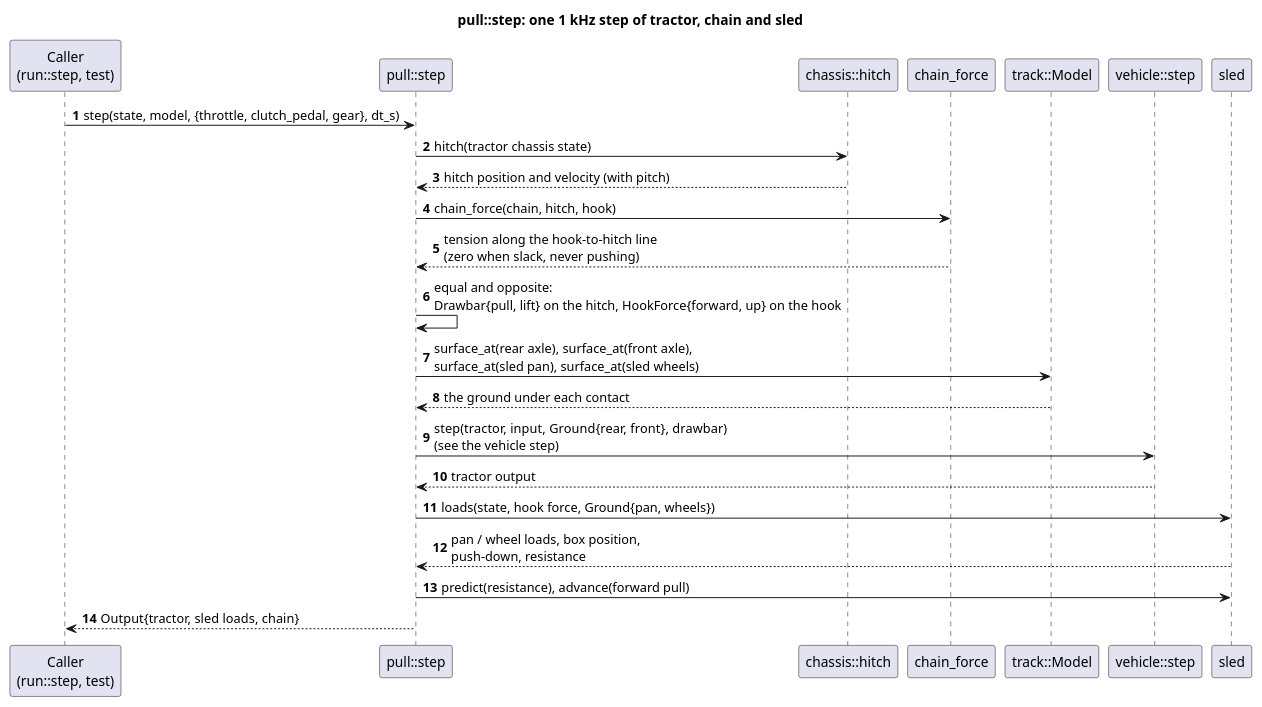
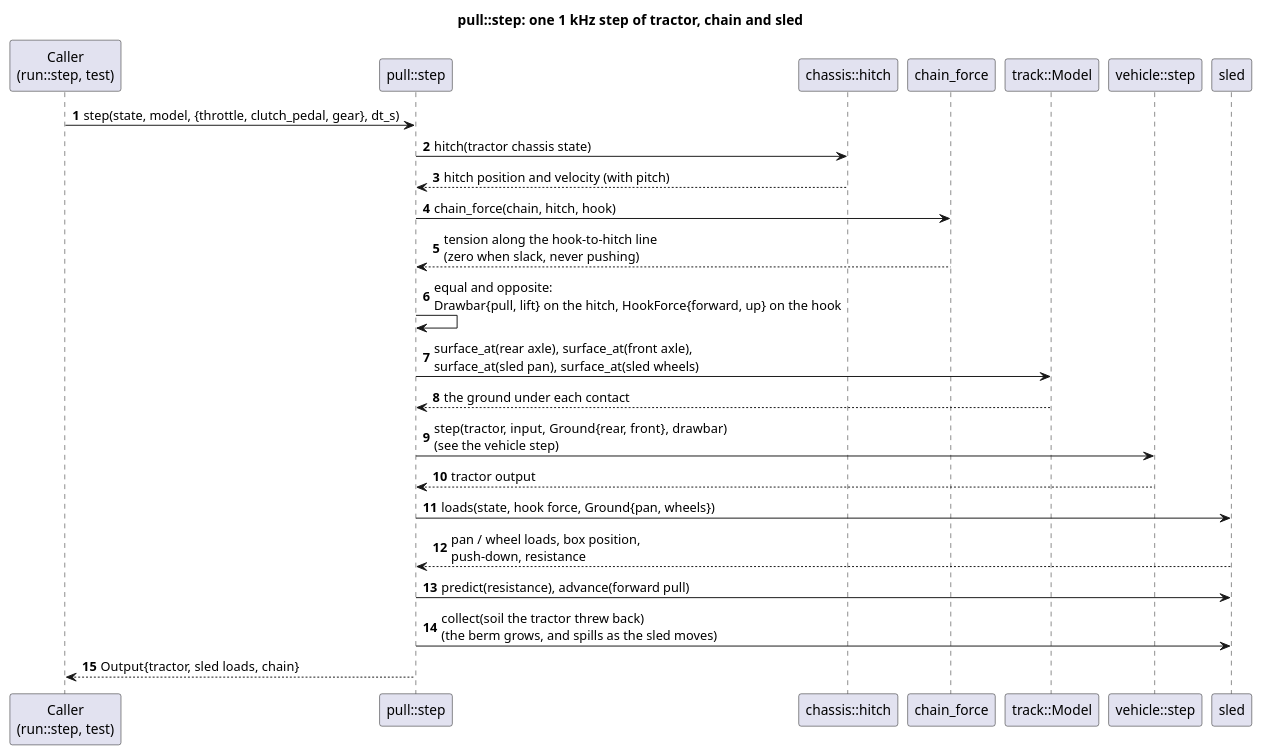
Before and after one commit to wversteeg/TractorPulling: the diagram in docs/diagrams/pull_step_sequence.puml, drawn with PlantUML. The commit also changed 32 other files, not shown here.

```diff
--- a/docs/diagrams/pull_step_sequence.puml
+++ b/docs/diagrams/pull_step_sequence.puml
@@ -1,26 +1,27 @@
 @startuml pull_step_sequence
 title pull::step: one 1 kHz step of tractor, chain and sled
 autonumber
 participant "Caller\n(run::step, test)" as Caller
 participant "pull::step" as Step
 participant "chassis::hitch" as Hitch
 participant "chain_force" as Chain
 participant "track::Model" as Track
 participant "vehicle::step" as Vehicle
 participant "sled" as Sled
 
 Caller -> Step : step(state, model, {throttle, clutch_pedal, gear}, dt_s)
 Step -> Hitch : hitch(tractor chassis state)
 Hitch --> Step : hitch position and velocity (with pitch)
 Step -> Chain : chain_force(chain, hitch, hook)
 Chain --> Step : tension along the hook-to-hitch line\n(zero when slack, never pushing)
 Step -> Step : equal and opposite:\nDrawbar{pull, lift} on the hitch, HookForce{forward, up} on the hook
 Step -> Track : surface_at(rear axle), surface_at(front axle),\nsurface_at(sled pan), surface_at(sled wheels)
 Track --> Step : the ground under each contact
 Step -> Vehicle : step(tractor, input, Ground{rear, front}, drawbar)\n(see the vehicle step)
 Vehicle --> Step : tractor output
 Step -> Sled : loads(state, hook force, Ground{pan, wheels})
 Sled --> Step : pan / wheel loads, box position,\npush-down, resistance
 Step -> Sled : predict(resistance), advance(forward pull)
+Step -> Sled : collect(soil the tractor threw back)\n(the berm grows, and spills as the sled moves)
 Step --> Caller : Output{tractor, sled loads, chain}
 @enduml
```
